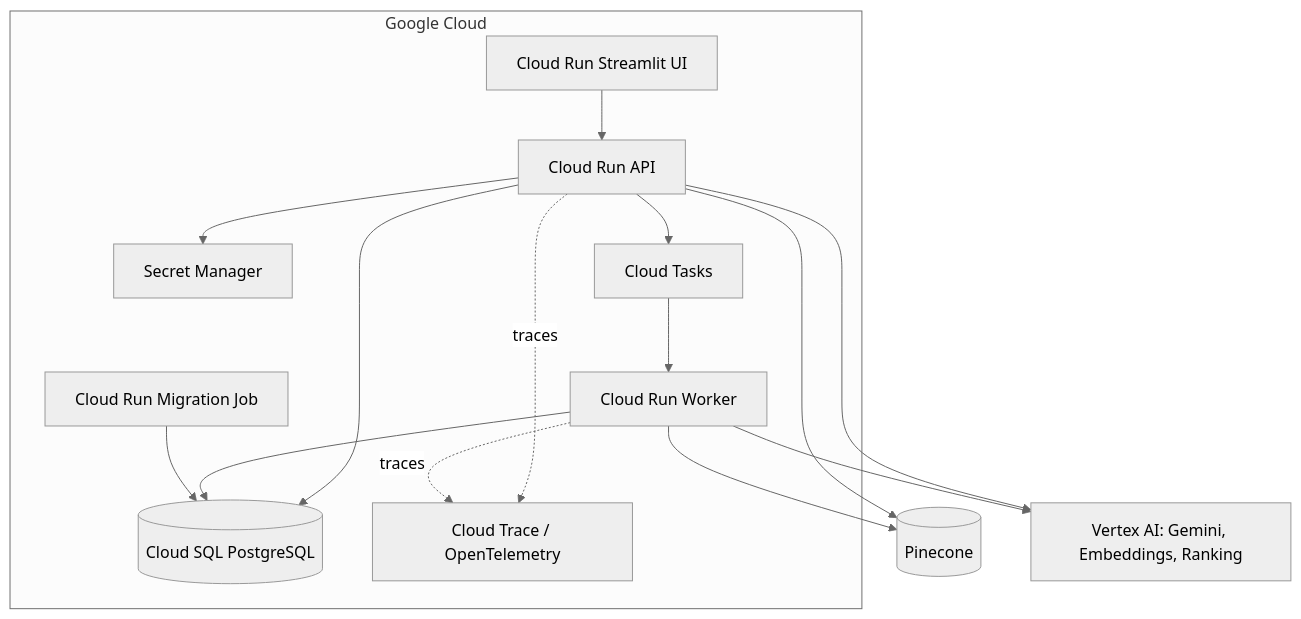
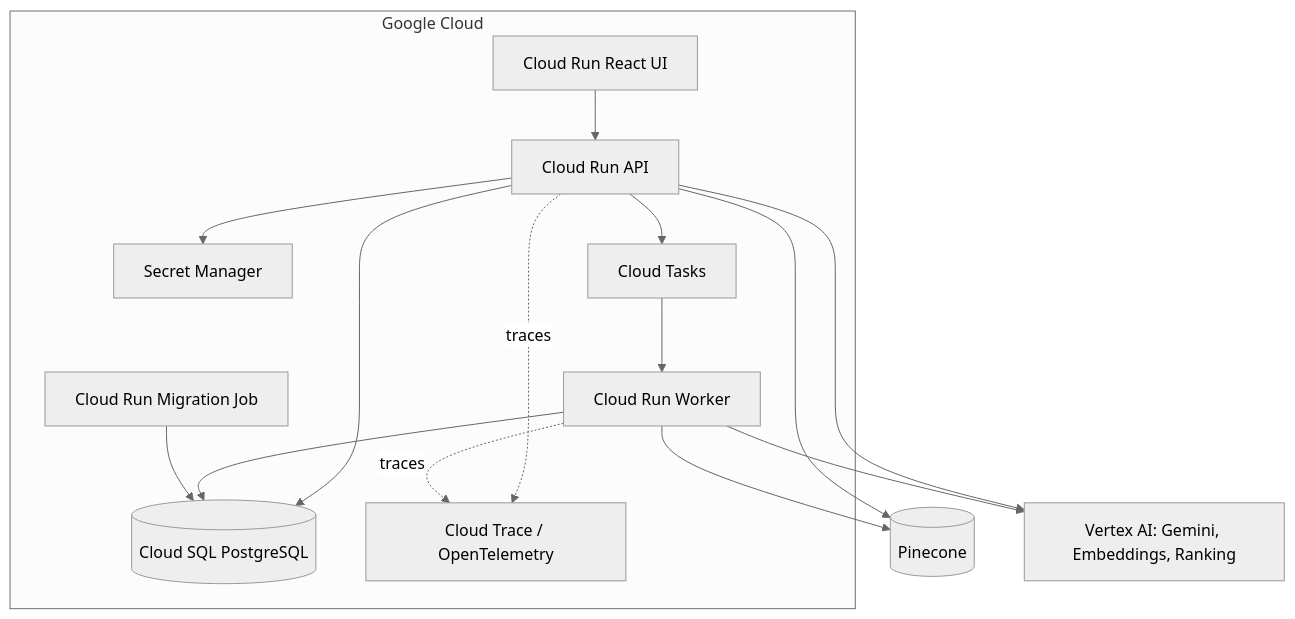
Before and after one commit to tarunngusain08/knowledge-forge: the second of 5 diagrams in docs/02-hld-component-design.md, drawn with Mermaid (neutral theme). The commit also changed other lines of this file and 13 other files, not shown here.

````diff
--- a/docs/02-hld-component-design.md
+++ b/docs/02-hld-component-design.md
@@ -23,30 +24,30 @@
 ```mermaid
 flowchart TB
   subgraph GCP[Google Cloud]
     API[Cloud Run API]
     Worker[Cloud Run Worker]
-    UI[Cloud Run Streamlit UI]
+    UI[Cloud Run React UI]
     Migrate[Cloud Run Migration Job]
     SQL[(Cloud SQL PostgreSQL)]
     Secrets[Secret Manager]
     Trace[Cloud Trace / OpenTelemetry]
     Tasks[Cloud Tasks]
   end
 
   Pinecone[(Pinecone)]
   Vertex[Vertex AI: Gemini, Embeddings, Ranking]
 
   UI --> API
   API --> SQL
   API --> Vertex
   API --> Pinecone
   API --> Secrets
   API --> Tasks
   Tasks --> Worker
   Worker --> SQL
   Worker --> Vertex
   Worker --> Pinecone
   Migrate --> SQL
   API -. traces .-> Trace
   Worker -. traces .-> Trace
 ```
````
